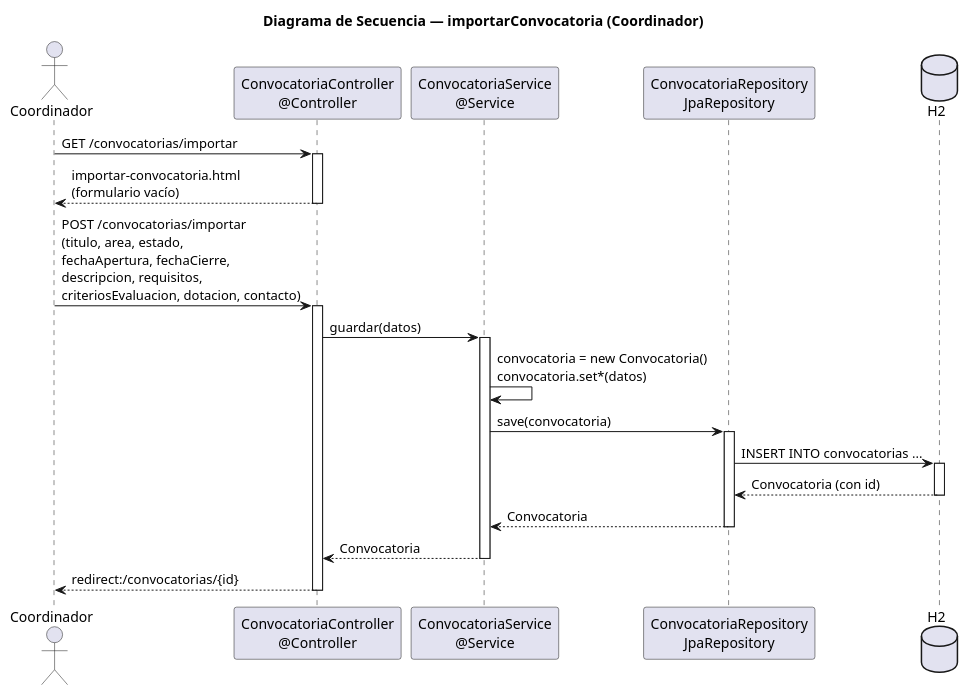
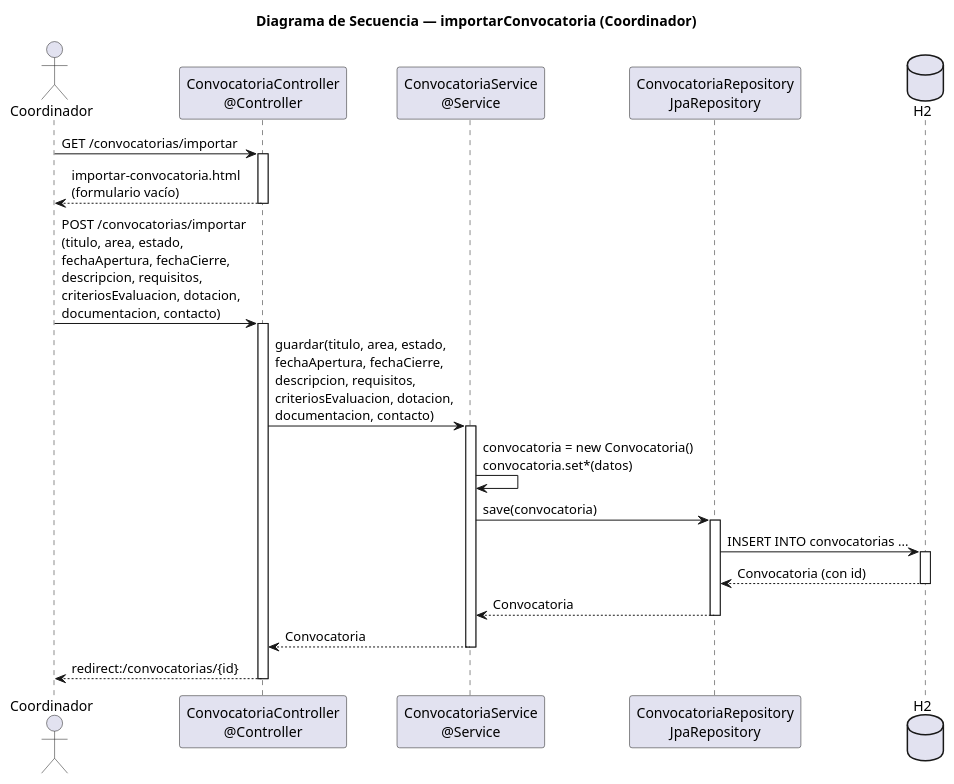
One commit to 31Diego/25-26-idsw2-sdVC changed the diagram in modelosUML/diseño/coordinador/importarConvocatoria.puml. Above: the diagram before and after it, drawn with PlantUML. The commit also changed 62 other files, not shown here.

Commit message:
refactor: aplicar SOLID y sincronizar diagramas de diseño

```diff
--- a/modelosUML/diseño/coordinador/importarConvocatoria.puml
+++ b/modelosUML/diseño/coordinador/importarConvocatoria.puml
@@ -1,33 +1,33 @@
 @startuml
 title Diagrama de Secuencia — importarConvocatoria (Coordinador)
 
 actor "Coordinador" as User
 participant "ConvocatoriaController\n@Controller" as Controller
 participant "ConvocatoriaService\n@Service" as Service
 participant "ConvocatoriaRepository\nJpaRepository" as Repo
 database "H2" as DB
 
 User -> Controller: GET /convocatorias/importar
 activate Controller
 Controller --> User: importar-convocatoria.html\n(formulario vacío)
 deactivate Controller
 
-User -> Controller: POST /convocatorias/importar\n(titulo, area, estado,\nfechaApertura, fechaCierre,\ndescripcion, requisitos,\ncriteriosEvaluacion, dotacion, contacto)
+User -> Controller: POST /convocatorias/importar\n(titulo, area, estado,\nfechaApertura, fechaCierre,\ndescripcion, requisitos,\ncriteriosEvaluacion, dotacion,\ndocumentacion, contacto)
 activate Controller
-Controller -> Service: guardar(datos)
+Controller -> Service: guardar(titulo, area, estado,\nfechaApertura, fechaCierre,\ndescripcion, requisitos,\ncriteriosEvaluacion, dotacion,\ndocumentacion, contacto)
 activate Service
 Service -> Service: convocatoria = new Convocatoria()\nconvocatoria.set*(datos)
 Service -> Repo: save(convocatoria)
 activate Repo
 Repo -> DB: INSERT INTO convocatorias ...
 activate DB
 DB --> Repo: Convocatoria (con id)
 deactivate DB
 Repo --> Service: Convocatoria
 deactivate Repo
 Service --> Controller: Convocatoria
 deactivate Service
 Controller --> User: redirect:/convocatorias/{id}
 deactivate Controller
 
 @enduml
```
